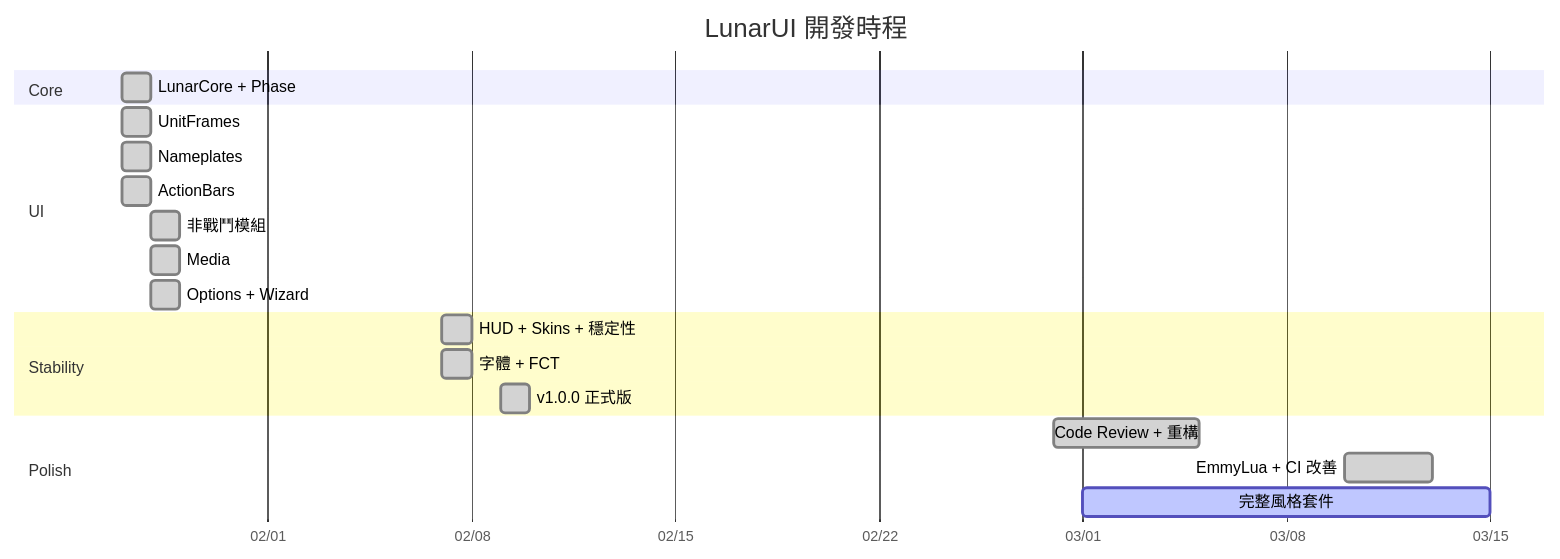
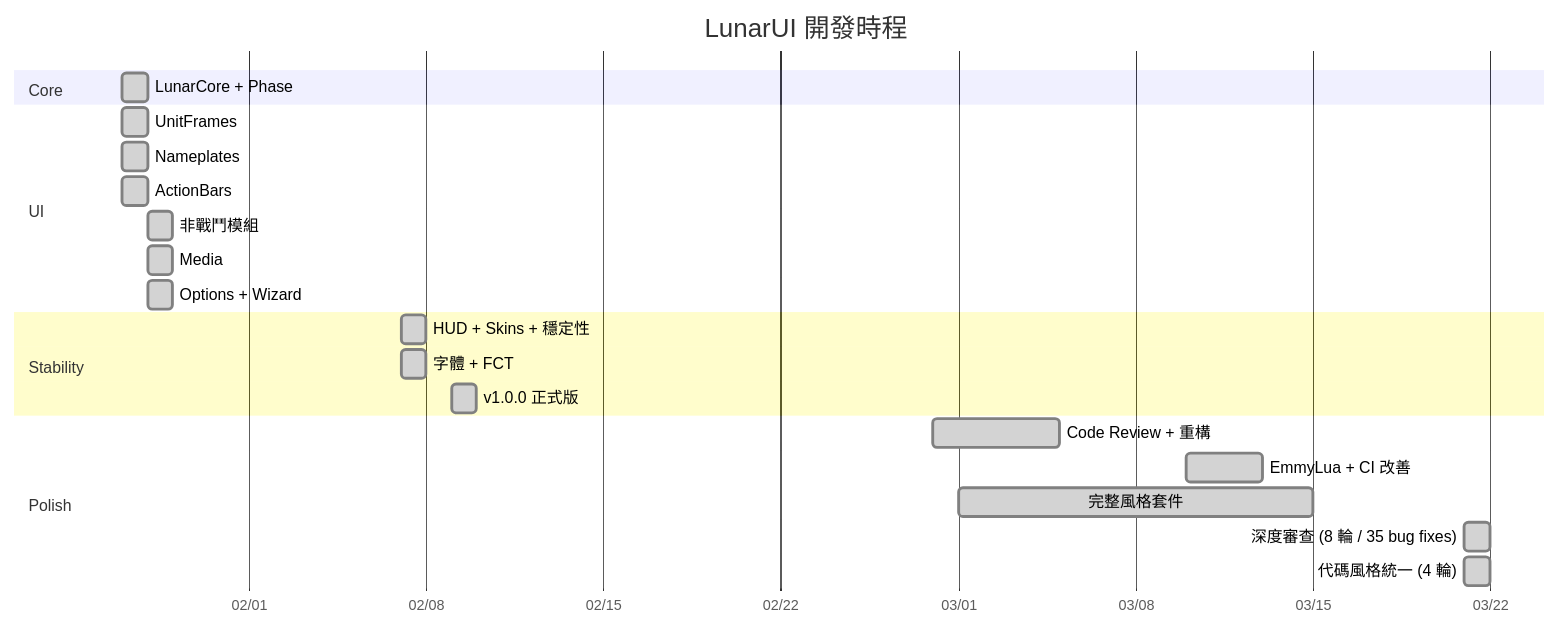
One commit to Neal75418/lunar-ui changed the fifth of 5 diagrams in README.md. Above: the diagram before and after it, drawn with Mermaid. The commit also changed other lines of this file and 2 other files, not shown here.

Commit message:
docs: 更新 repo 文件與現狀同步
README.md:
- tests badge 920 → 994
- make test 說明更新為 994 tests
- 開發時程甘特圖加入深度審查和風格統一里程碑
- 完整風格套件標記為 done

CLAUDE.md:
- 主插件行數 ~26,000 → ~27,300
- 測試案例 28 檔 / 920 tests → 29 檔 / 994 tests
- 共用資源加入 CASTBAR_COLOR、BG_DARKEN（已移至 Media.lua）

CHANGELOG.md:
- Unreleased section 加入深度審查 35 bug fixes 和風格統一 4 輪的完整變更記錄
- Planned 項目翻譯為繁體中文
- timeline 圖表加入 2026-03-21 深度審查里程碑
- 測試數量更新 920 → 994

````diff
--- a/README.md
+++ b/README.md
@@ -395,27 +395,29 @@
 ```mermaid
 gantt
     title LunarUI 開發時程
     dateFormat YYYY-MM-DD
     axisFormat %m/%d
 
     section Core
     LunarCore + Phase             :done, m1, 2026-01-27, 1d
 
     section UI
     UnitFrames                    :done, m2, 2026-01-27, 1d
     Nameplates                    :done, m3, 2026-01-27, 1d
     ActionBars                    :done, m4, 2026-01-27, 1d
     非戰鬥模組                     :done, m5, 2026-01-28, 1d
     Media                         :done, m6, 2026-01-28, 1d
     Options + Wizard              :done, m7, 2026-01-28, 1d
 
     section Stability
     HUD + Skins + 穩定性           :done, m8, 2026-02-07, 1d
     字體 + FCT                     :done, m9, 2026-02-07, 1d
     v1.0.0 正式版                  :done, m10, 2026-02-09, 1d
 
     section Polish
     Code Review + 重構             :done, m11, 2026-02-28, 5d
     EmmyLua + CI 改善              :done, m12, 2026-03-10, 3d
-    完整風格套件                    :active, m13, 2026-03-01, 14d
+    完整風格套件                    :done, m13, 2026-03-01, 14d
+    深度審查 (8 輪 / 35 bug fixes)  :done, m14, 2026-03-21, 1d
+    代碼風格統一 (4 輪)              :done, m15, 2026-03-21, 1d
 ```
````
